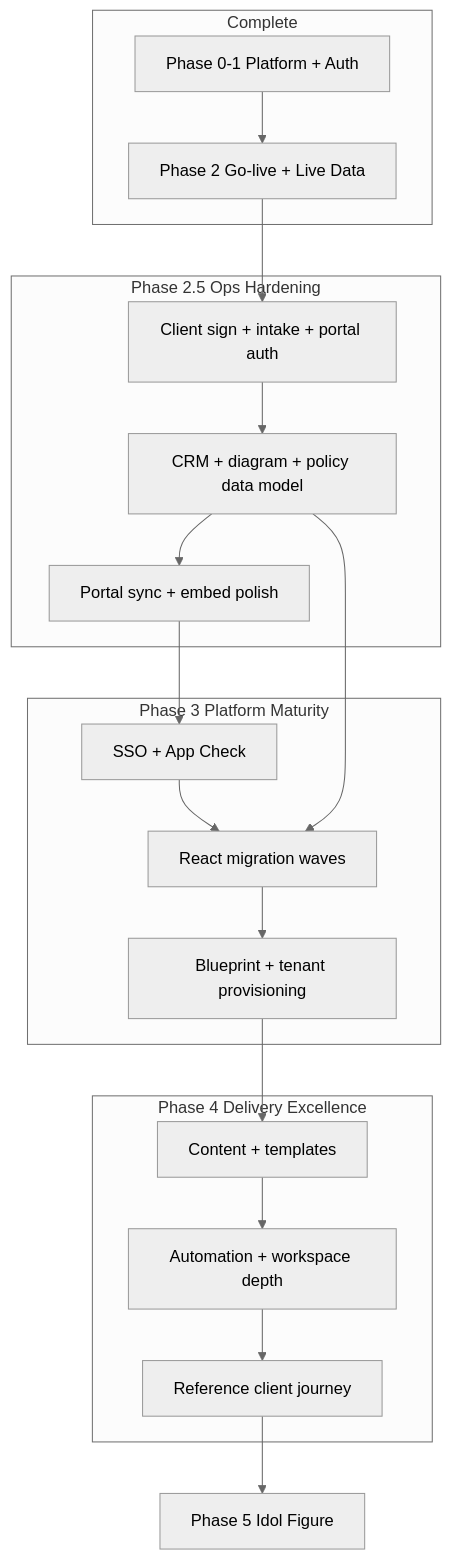
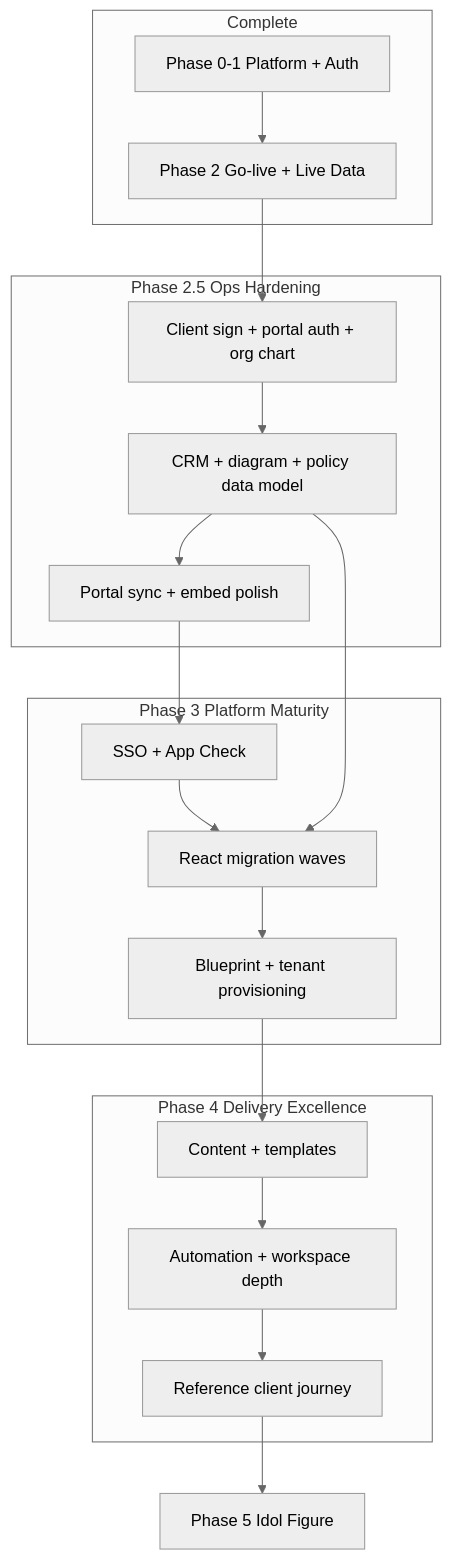
The diagram in docs/migration-roadmap.md (reinhard-ctrl/kolthoff-consulting), drawn with Mermaid (neutral theme) before and after one commit. The commit also changed other lines of this file, not shown here.

First line of the commit message:
Update migration roadmap with current status and simplified next steps

````diff
--- a/docs/migration-roadmap.md
+++ b/docs/migration-roadmap.md
@@ -307,35 +337,35 @@
 ```mermaid
 flowchart TB
   subgraph done [Complete]
     P01[Phase 0-1 Platform + Auth]
     P02[Phase 2 Go-live + Live Data]
   end
 
   subgraph p25 [Phase 2.5 Ops Hardening]
-    A[Client sign + intake + portal auth]
+    A[Client sign + portal auth + org chart]
     B[CRM + diagram + policy data model]
     C[Portal sync + embed polish]
   end
 
   subgraph p3 [Phase 3 Platform Maturity]
     D[SSO + App Check]
     E[React migration waves]
     F[Blueprint + tenant provisioning]
   end
 
   subgraph p4 [Phase 4 Delivery Excellence]
     G[Content + templates]
     H[Automation + workspace depth]
     I[Reference client journey]
   end
 
   P01 --> P02 --> A
   A --> B --> C
   C --> D
   D --> E
   B --> E
   E --> F
   F --> G
   G --> H --> I
   I --> P5[Phase 5 Idol Figure]
 ```
````
